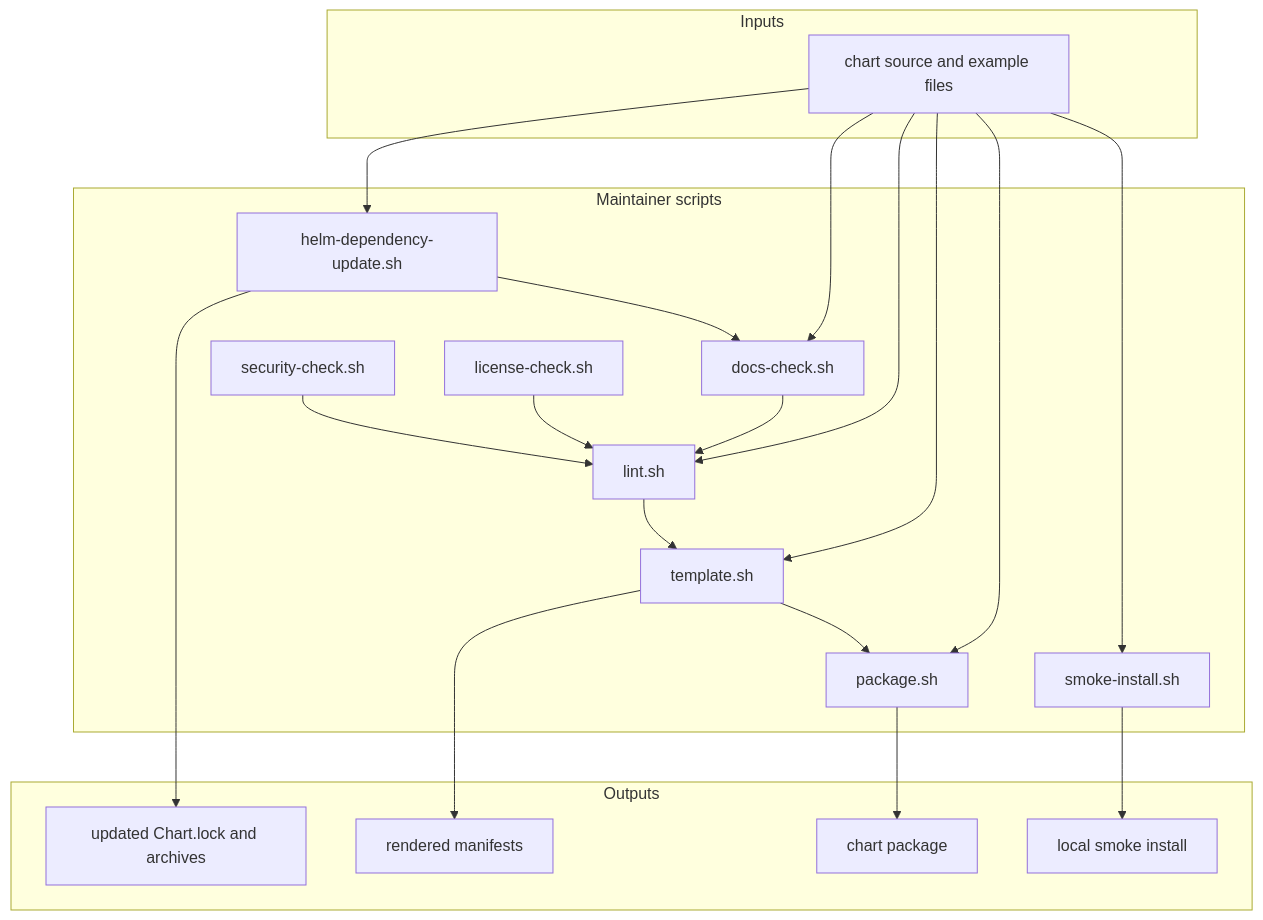
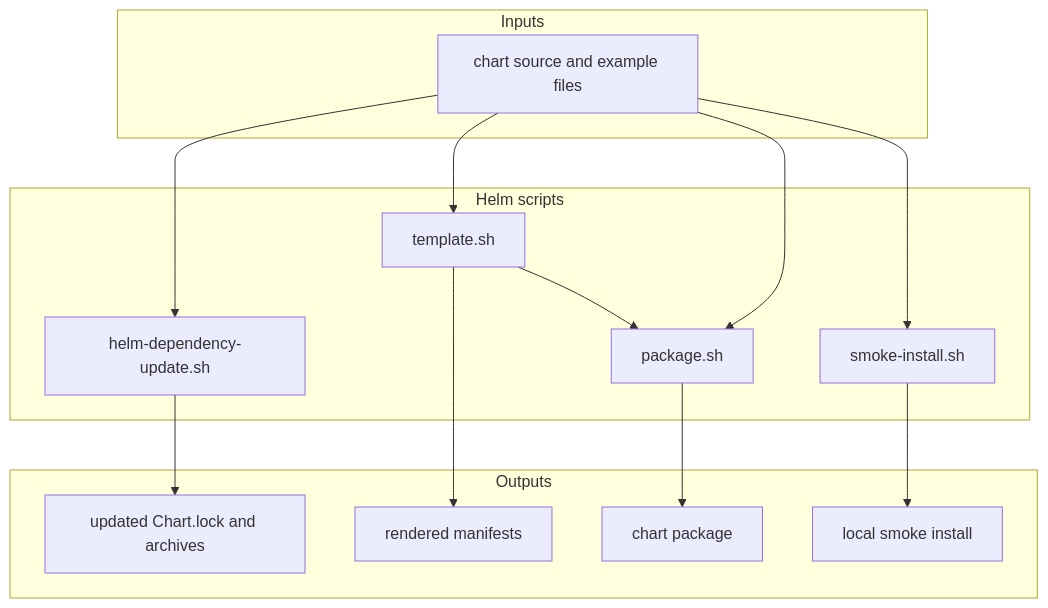
Before and after one commit to sanger-pathogens/dlh-in-a-box-umbrella-helm-chart: the diagram in scripts/helm/README.md, drawn with Mermaid. The commit also changed other lines of this file and 3 other files, not shown here.

````diff
--- a/scripts/helm/README.md
+++ b/scripts/helm/README.md
@@ -16,41 +14,30 @@
 ```mermaid
 flowchart TD
   subgraph Inputs["Inputs"]
     Source[chart source and example files]
   end
 
-  subgraph Checks["Maintainer scripts"]
+  subgraph HelmScripts["Helm scripts"]
     Deps[helm-dependency-update.sh]
-    Docs[docs-check.sh]
-    Security[security-check.sh]
-    License[license-check.sh]
-    Lint[lint.sh]
     Template[template.sh]
     Package[package.sh]
     Smoke[smoke-install.sh]
   end
 
   subgraph Outputs["Outputs"]
     Lockfiles[updated Chart.lock and archives]
     Rendered[rendered manifests]
     PackageOut[chart package]
     SmokeRun[local smoke install]
   end
 
   Source --> Deps
-  Source --> Docs
-  Source --> Lint
   Source --> Template
   Source --> Package
   Source --> Smoke
   Deps --> Lockfiles
-  Deps --> Docs
-  Docs --> Lint
-  Security --> Lint
-  License --> Lint
-  Lint --> Template
   Template --> Rendered
   Template --> Package
   Package --> PackageOut
   Smoke --> SmokeRun
 ```
````
